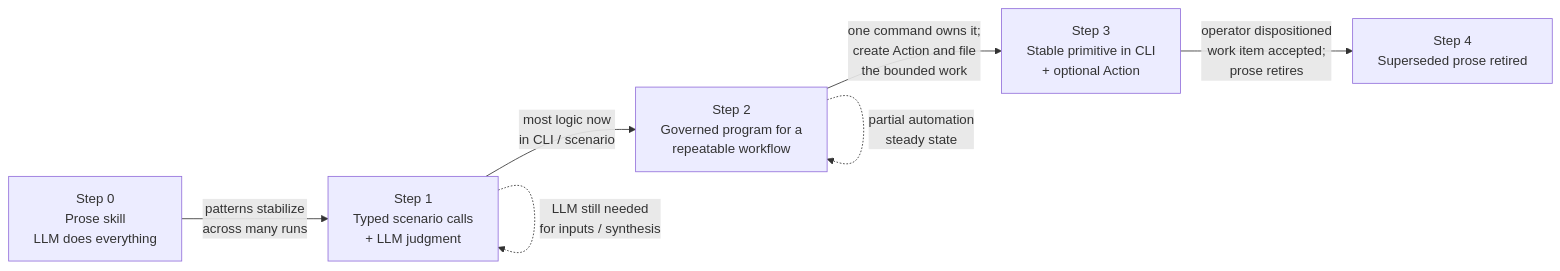
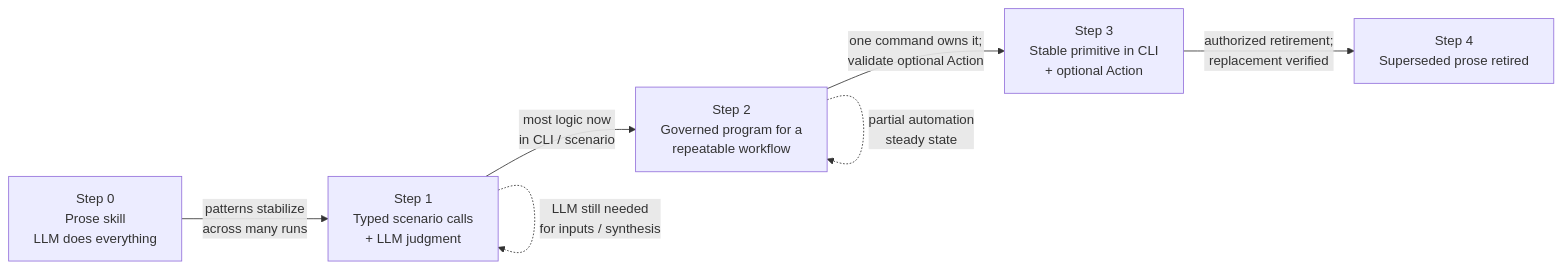
Before and after one commit to Vrooli/Vrooli: the diagram in docs/agent-system/PROMOTION_LADDER.md, drawn with Mermaid. The commit also changed other lines of this file and 125 other files, not shown here.

````diff
--- a/docs/agent-system/PROMOTION_LADDER.md
+++ b/docs/agent-system/PROMOTION_LADDER.md
@@ -19,16 +19,16 @@
 ```mermaid
 flowchart LR
     P0[Step 0<br/>Prose skill<br/>LLM does everything]
     P1[Step 1<br/>Typed scenario calls<br/>+ LLM judgment]
     P2[Step 2<br/>Governed program for a<br/>repeatable workflow]
     P3[Step 3<br/>Stable primitive in CLI<br/>+ optional Action]
     P4[Step 4<br/>Superseded prose retired]
 
     P0 -->|patterns stabilize<br/>across many runs| P1
     P1 -->|most logic now<br/>in CLI / scenario| P2
-    P2 -->|one command owns it;<br/>create Action and file<br/>the bounded work| P3
-    P3 -->|operator dispositioned<br/>work item accepted;<br/>prose retires| P4
+    P2 -->|one command owns it;<br/>validate optional Action| P3
+    P3 -->|authorized retirement;<br/>replacement verified| P4
 
     P1 -.LLM still needed<br/>for inputs / synthesis.-> P1
     P2 -.partial automation<br/>steady state.-> P2
 ```
````
